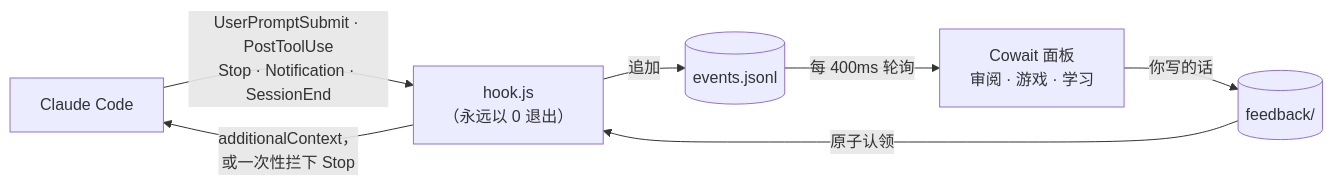
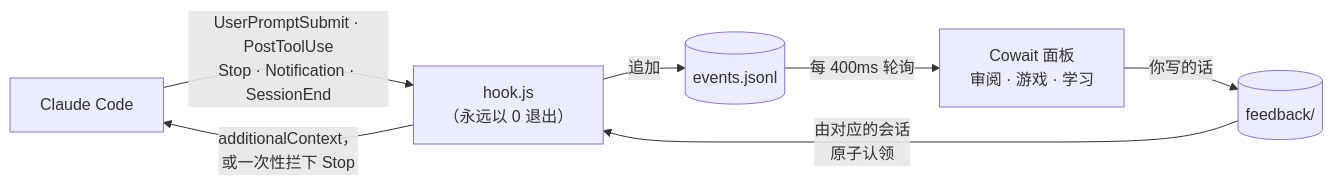
The diagram in README.zh-CN.md (JaspinXu/Cowait), drawn with Mermaid before and after one commit. The commit also changed other lines of this file and 48 other files, not shown here.

````diff
--- a/README.zh-CN.md
+++ b/README.zh-CN.md
@@ -122,9 +122,9 @@
 ```mermaid
 flowchart LR
     CC["Claude Code"] -- "UserPromptSubmit · PostToolUse<br/>Stop · Notification · SessionEnd" --> H["hook.js<br/>（永远以 0 退出）"]
     H -- 追加 --> L[("events.jsonl")]
     L -- "每 400ms 轮询" --> P["Cowait 面板<br/>审阅 · 游戏 · 学习"]
     P -- "你写的话" --> Q[("feedback/")]
-    Q -- "原子认领" --> H
+    Q -- "由对应的会话<br/>原子认领" --> H
     H -- "additionalContext，<br/>或一次性拦下 Stop" --> CC
 ```
````
